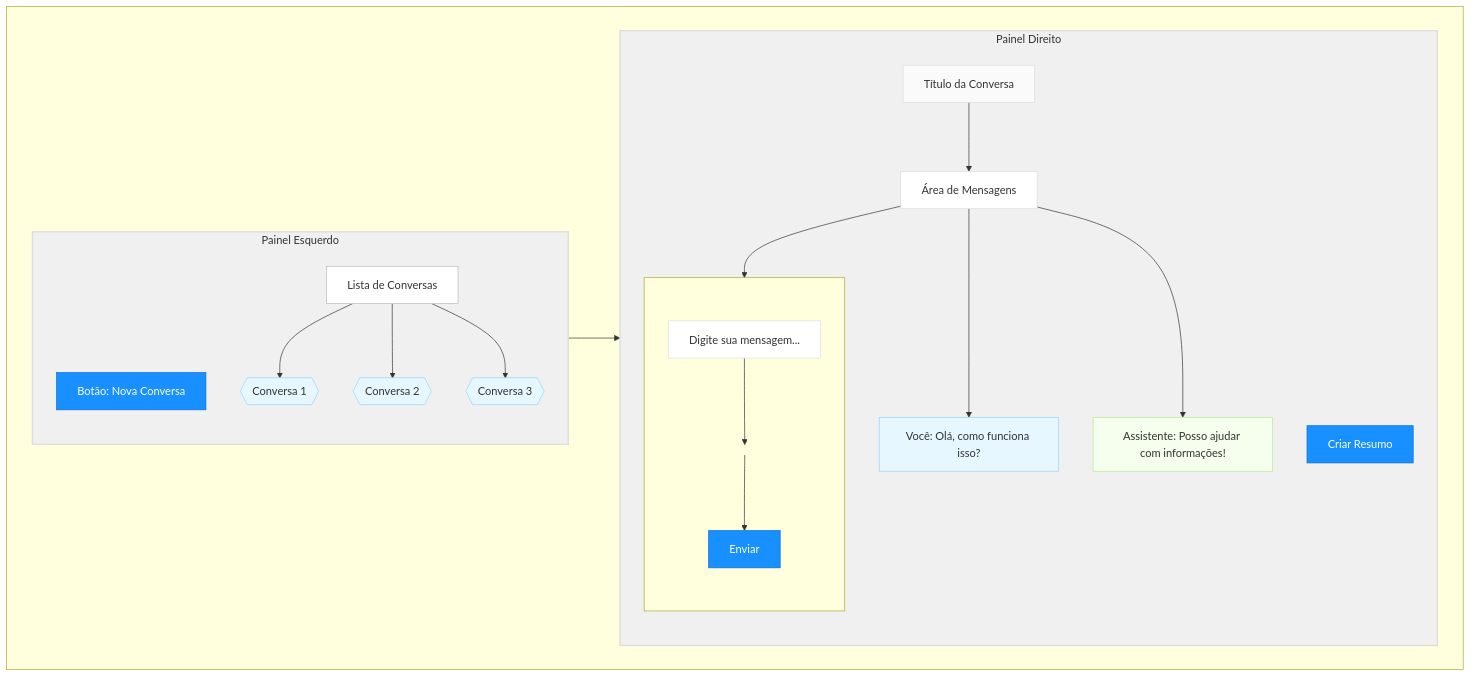
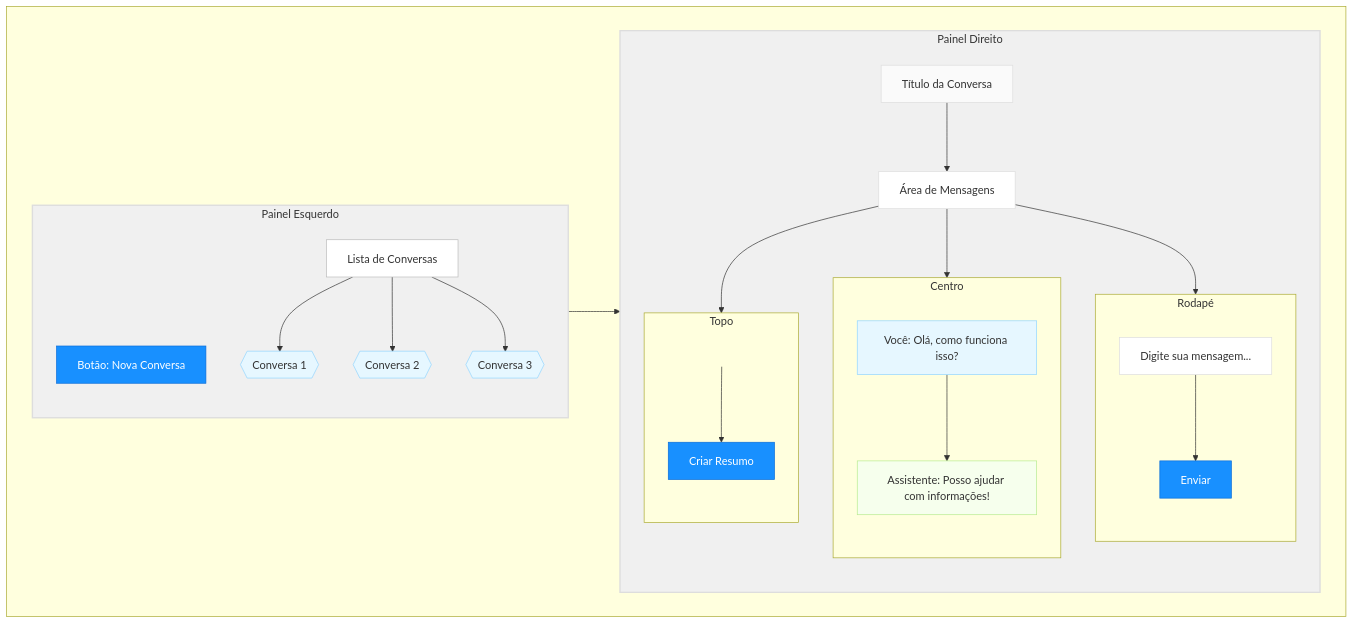
The diagram in specs/GUI-03-estrutura-tela-principal-gui.mmd (franciscotbjr/teste-exposed), drawn with Mermaid before and after one commit. The commit also changed 1 other file, not shown here.

```diff
--- a/specs/GUI-03-estrutura-tela-principal-gui.mmd
+++ b/specs/GUI-03-estrutura-tela-principal-gui.mmd
@@ -1,59 +1,69 @@
 flowchart TD
     subgraph main[" "]
         direction LR
         subgraph left_panel["Painel Esquerdo"]
             direction TB
             new_btn[Botão: Nova Conversa]:::button
             conv_list[Lista de Conversas]:::list
             conv_list --> conv1{{"Conversa 1"}}:::item
             conv_list --> conv2{{"Conversa 2"}}:::item
             conv_list --> conv3{{"Conversa 3"}}:::item
         end
 
         subgraph right_panel["Painel Direito"]
             direction TB
             header[Título da Conversa]:::header
-            summary_btn[Criar Resumo]:::button
             chat_area[Área de Mensagens]:::area
-            user_msg["Você: Olá, como funciona isso?"]:::usermsg
-            ai_msg["Assistente: Posso ajudar com informações!"]:::aimsg
-            
-            subgraph input_area[" "]
+                        
+            subgraph input_area_centro["Centro"]
+                direction TB
+                user_msg["Você: Olá, como funciona isso?"]:::usermsg
+                ai_msg["Assistente: Posso ajudar com informações!"]:::aimsg
+            end
+
+            subgraph input_area_rodape["Rodapé"]
                 direction TB
                 input_field[Digite sua mensagem...]:::input
-                actions> ]:::actions
+                actions_rodape> ]:::actions
                 send_btn[Enviar]:::button
+            end
+
+            subgraph input_topo["Topo"]
+                direction TB
+                actions_topo> ]:::actions
+                summary_btn[Criar Resumo]:::button
             end
         end
     end
 
     %% Conexões entre áreas
     left_panel --> right_panel
     header --> chat_area
-    chat_area --> user_msg
-    chat_area --> ai_msg
-    chat_area --> input_area
-    input_field --> actions
-    actions --> send_btn
+    user_msg --> ai_msg
+    chat_area --> input_area_centro
+    chat_area --> input_area_rodape
+    chat_area --> input_topo
+    input_field --> send_btn
+    actions_topo --> summary_btn
 
     classDef panel fill:#f0f0f0,stroke:#ddd,stroke-width:2px
     classDef list fill:#fff,stroke:#bbb,stroke-width:1px
     classDef item fill:#e6f7ff,stroke:#91d5ff
     classDef area fill:#fff,stroke:#ddd,stroke-width:1px
     classDef button fill:#1890ff,stroke:#096dd9,color:white
     classDef input fill:#fff,stroke:#ddd,stroke-width:1px
     classDef actions fill:transparent,stroke:none
     classDef usermsg fill:#e6f7ff,stroke:#91d5ff
     classDef aimsg fill:#f6ffed,stroke:#b7eb8f
     classDef header fill:#fafafa,stroke:#ddd,stroke-width:1px
     
     class left_panel,right_panel panel
     class conv_list list
     class conv1,conv2,conv3 item
     class chat_area area
     class input_field input
     class actions actions
     class new_btn,send_btn,summary_btn button
     class user_msg usermsg
     class ai_msg aimsg
     class header header
```
